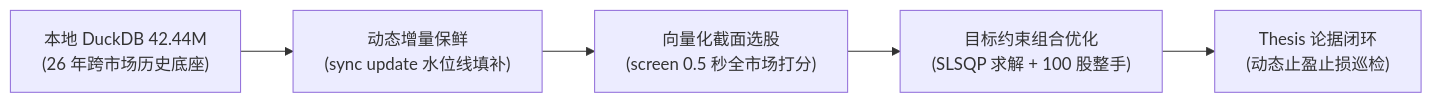
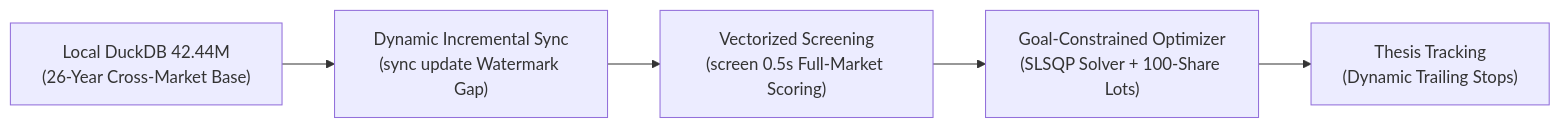
One commit to axjing/stockaskill changed the diagram in README.md. Above: the diagram before and after it, drawn with Mermaid. The commit also changed other lines of this file and 3 other files, not shown here.

````diff
--- a/README.md
+++ b/README.md
@@ -19,7 +19,7 @@
 ```mermaid
 flowchart LR
-    A["本地 DuckDB 42.44M<br/>(26 年跨市场历史底座)"] --> B["动态增量保鲜<br/>(sync update 水位线填补)"]
-    B --> C["向量化截面选股<br/>(screen 0.5 秒全市场打分)"]
-    C --> D["目标约束组合优化<br/>(SLSQP 求解 + 100 股整手)"]
-    D --> E["Thesis 论据闭环<br/>(动态止盈止损巡检)"]
+    A["Local DuckDB 42.44M<br/>(26-Year Cross-Market Base)"] --> B["Dynamic Incremental Sync<br/>(sync update Watermark Gap)"]
+    B --> C["Vectorized Screening<br/>(screen 0.5s Full-Market Scoring)"]
+    C --> D["Goal-Constrained Optimizer<br/>(SLSQP Solver + 100-Share Lots)"]
+    D --> E["Thesis Tracking<br/>(Dynamic Trailing Stops)"]
 ```
````
